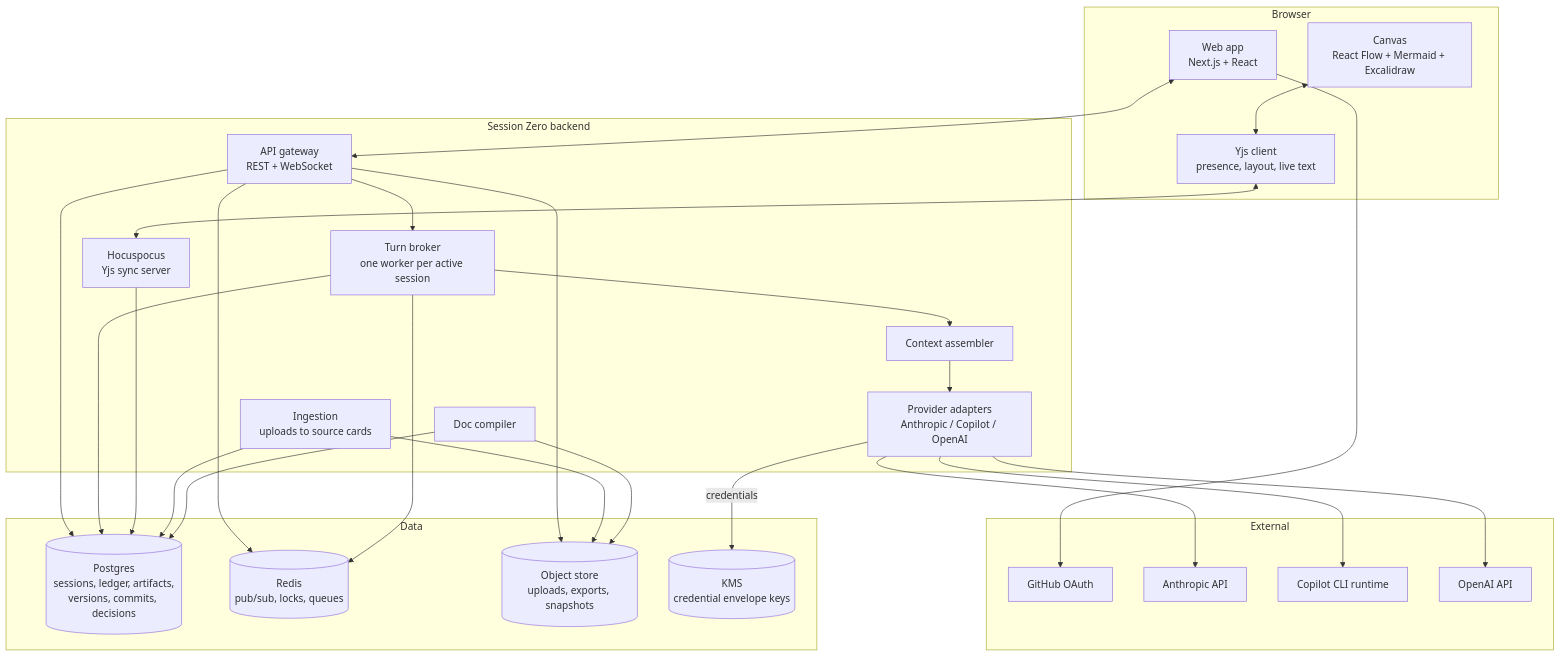
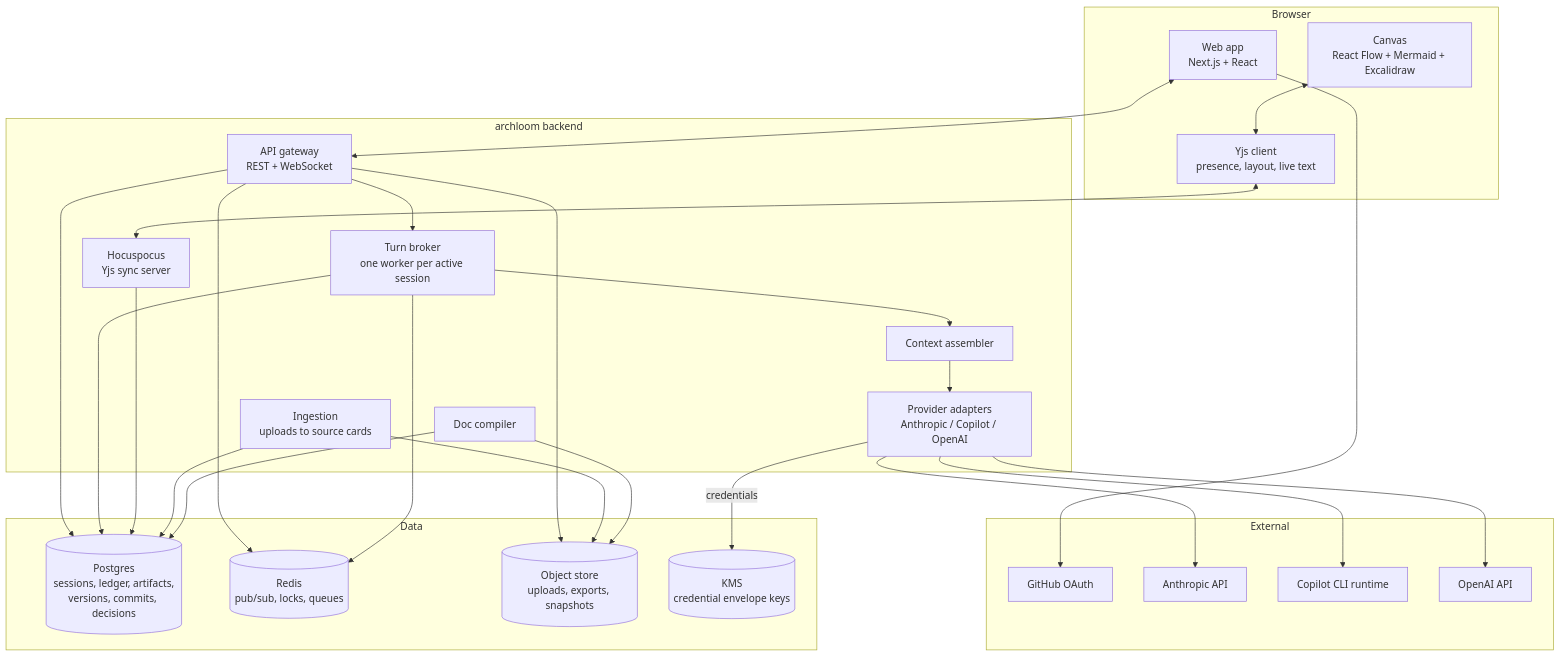
One commit to EpoCo742/tandem changed the second of 9 diagrams in docs/02-architecture.md. Above: the diagram before and after it, drawn with Mermaid. The commit also changed other lines of this file and 53 other files, not shown here.

````diff
--- a/docs/02-architecture.md
+++ b/docs/02-architecture.md
@@ -61,45 +61,45 @@
 ```mermaid
 flowchart TB
     subgraph Browser
         UI[Web app<br/>Next.js + React]
         CV[Canvas<br/>React Flow + Mermaid + Excalidraw]
         YC[Yjs client<br/>presence, layout, live text]
     end
 
-    subgraph Session Zero backend
+    subgraph archloom backend
         API[API gateway<br/>REST + WebSocket]
         TB[Turn broker<br/>one worker per active session]
         CA[Context assembler]
         PA[Provider adapters<br/>Anthropic / Copilot / OpenAI]
         HP[Hocuspocus<br/>Yjs sync server]
         DC[Doc compiler]
         ING[Ingestion<br/>uploads to source cards]
     end
 
     subgraph Data
         PG[(Postgres<br/>sessions, ledger, artifacts,<br/>versions, commits, decisions)]
         RD[(Redis<br/>pub/sub, locks, queues)]
         S3[(Object store<br/>uploads, exports, snapshots)]
         KMS[(KMS<br/>credential envelope keys)]
     end
 
     subgraph External
         GH[GitHub OAuth]
         AN[Anthropic API]
         CP[Copilot CLI runtime]
         OA[OpenAI API]
     end
 
     UI <--> API
     CV <--> YC <--> HP
     API --> PG & RD & S3
     API --> TB
     TB --> CA --> PA
     PA --> AN & CP & OA
     PA -- credentials --> KMS
     TB --> PG & RD
     HP --> PG
     ING --> S3 & PG
     DC --> PG & S3
     UI --> GH
 ```
````
